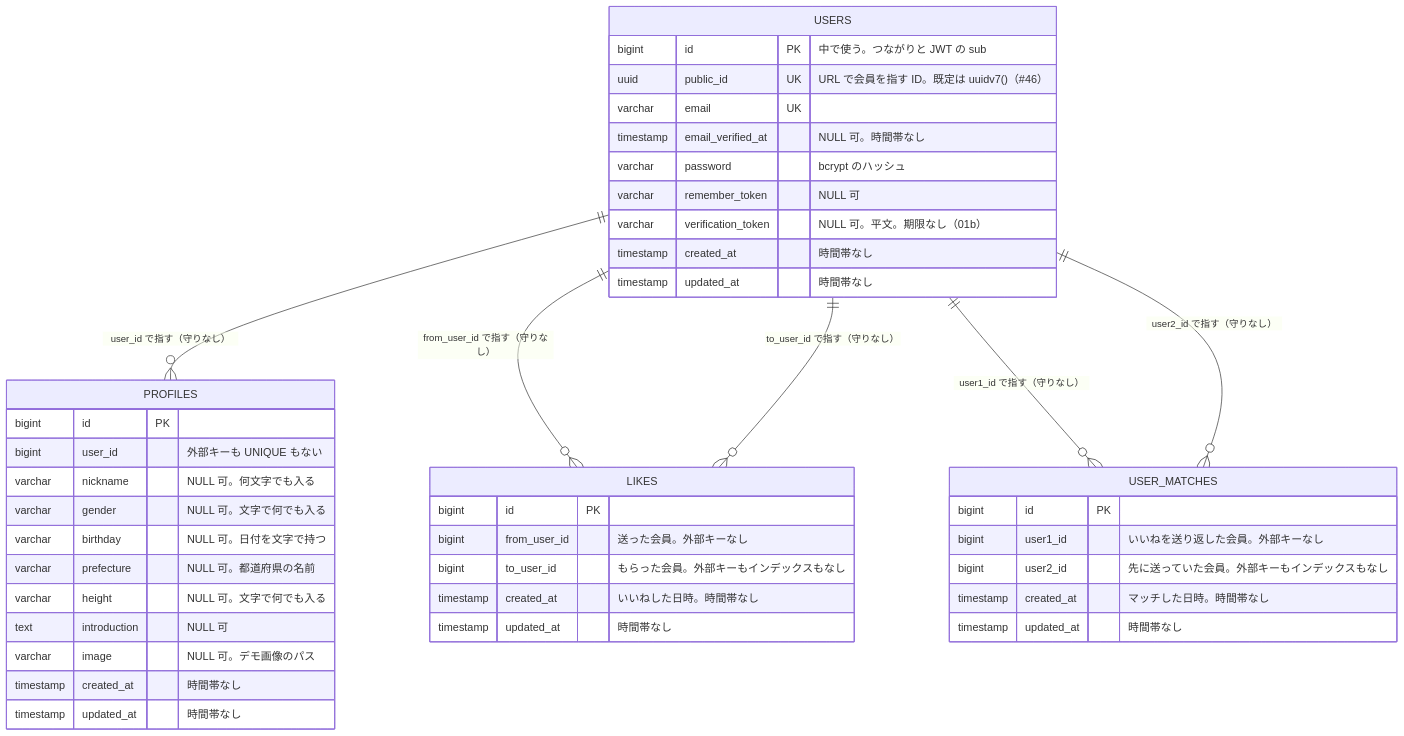
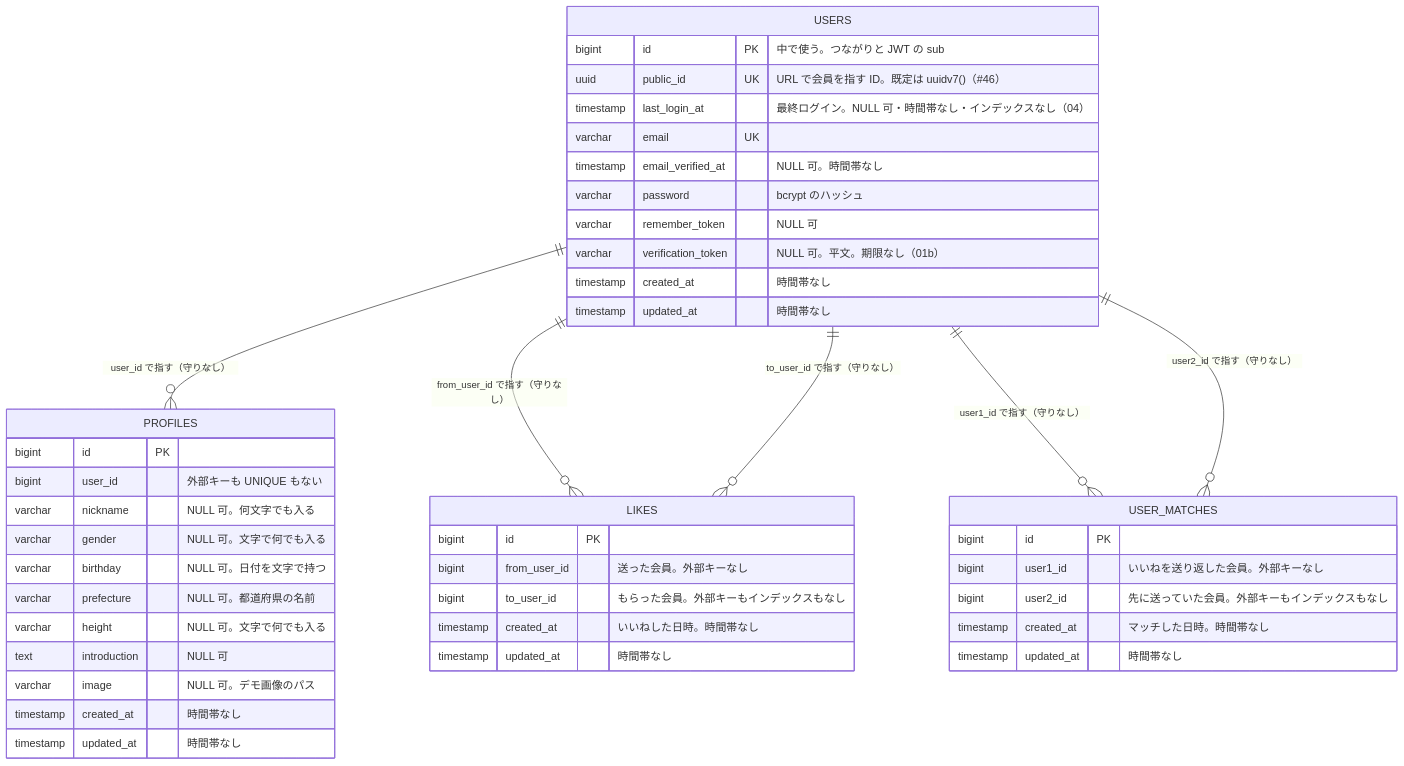
One commit to masa-devx/matching-db-study changed the diagram in docs/data-model.md. Above: the diagram before and after it, drawn with Mermaid. The commit also changed other lines of this file and 1 other file, not shown here.

````diff
--- a/docs/data-model.md
+++ b/docs/data-model.md
@@ -17,46 +17,47 @@
 ```mermaid
 erDiagram
   USERS ||--o{ PROFILES : "user_id で指す（守りなし）"
   USERS ||--o{ LIKES : "from_user_id で指す（守りなし）"
   USERS ||--o{ LIKES : "to_user_id で指す（守りなし）"
   USERS ||--o{ USER_MATCHES : "user1_id で指す（守りなし）"
   USERS ||--o{ USER_MATCHES : "user2_id で指す（守りなし）"
   USERS {
     bigint id PK "中で使う。つながりと JWT の sub"
     uuid public_id UK "URL で会員を指す ID。既定は uuidv7()（#46）"
+    timestamp last_login_at "最終ログイン。NULL 可・時間帯なし・インデックスなし（04）"
     varchar email UK
     timestamp email_verified_at "NULL 可。時間帯なし"
     varchar password "bcrypt のハッシュ"
     varchar remember_token "NULL 可"
     varchar verification_token "NULL 可。平文。期限なし（01b）"
     timestamp created_at "時間帯なし"
     timestamp updated_at "時間帯なし"
   }
   PROFILES {
     bigint id PK
     bigint user_id "外部キーも UNIQUE もない"
     varchar nickname "NULL 可。何文字でも入る"
     varchar gender "NULL 可。文字で何でも入る"
     varchar birthday "NULL 可。日付を文字で持つ"
     varchar prefecture "NULL 可。都道府県の名前"
     varchar height "NULL 可。文字で何でも入る"
     text introduction "NULL 可"
     varchar image "NULL 可。デモ画像のパス"
     timestamp created_at "時間帯なし"
     timestamp updated_at "時間帯なし"
   }
   LIKES {
     bigint id PK
     bigint from_user_id "送った会員。外部キーなし"
     bigint to_user_id "もらった会員。外部キーもインデックスもなし"
     timestamp created_at "いいねした日時。時間帯なし"
     timestamp updated_at "時間帯なし"
   }
   USER_MATCHES {
     bigint id PK
     bigint user1_id "いいねを送り返した会員。外部キーなし"
     bigint user2_id "先に送っていた会員。外部キーもインデックスもなし"
     timestamp created_at "マッチした日時。時間帯なし"
     timestamp updated_at "時間帯なし"
   }
 ```
````
